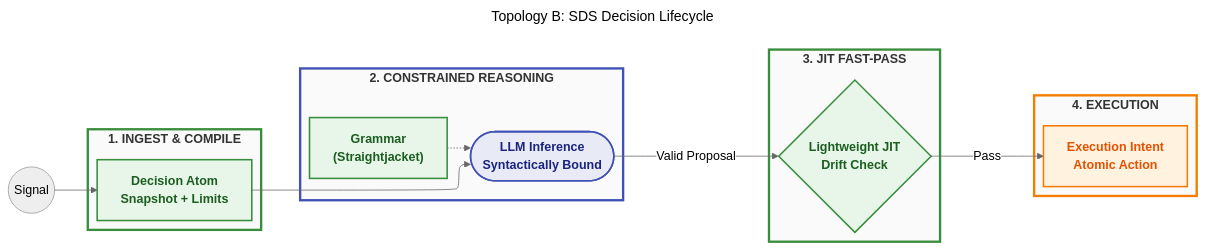
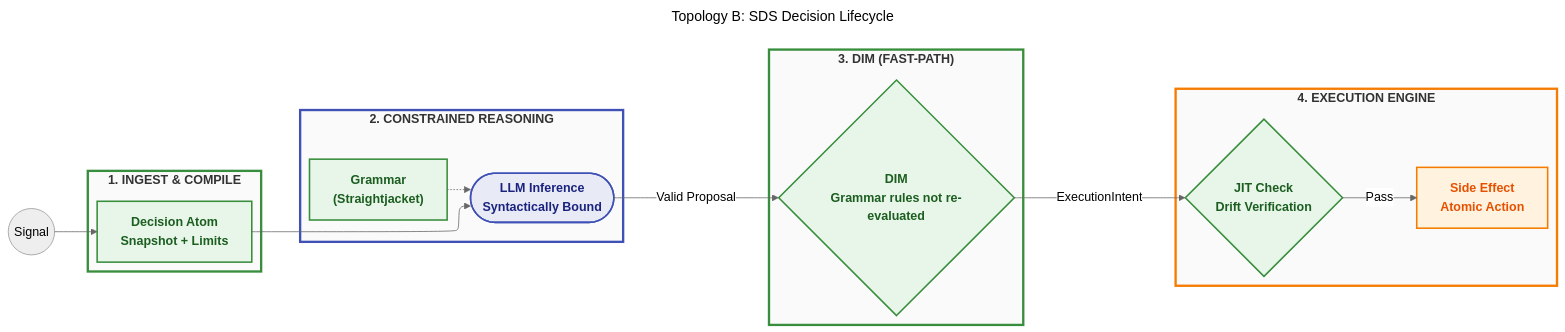
One commit to huka81/decision-intelligence-runtime changed the fourth of 9 diagrams in docs/03-topologies/DIR_Topologies.md. Above: the diagram before and after it, drawn with Mermaid. The commit also changed other lines of this file and 4 other files, not shown here.

````diff
--- a/docs/03-topologies/DIR_Topologies.md
+++ b/docs/03-topologies/DIR_Topologies.md
@@ -333,43 +338,45 @@
 ```mermaid
 ---
 title: "Topology B: SDS Decision Lifecycle"
 config:
   layout: elk
   theme: neutral
   look: classic
 ---
 flowchart LR
     classDef userSpace fill:#E8EAF6,stroke:#3F51B5,stroke-width:2px,color:#1A237E,font-weight:bold;
     classDef kernelSpace fill:#E8F5E9,stroke:#388E3C,stroke-width:2px,color:#1B5E20,font-weight:bold;
     classDef infraSpace fill:#FFF3E0,stroke:#F57C00,stroke-width:2px,color:#E65100,font-weight:bold;
 
     Trigger((Signal)) --> Atom
     
     subgraph Compile ["`**1. INGEST & COMPILE**`"]
         Atom["`**Decision Atom**<br/>Snapshot + Limits`"]:::kernelSpace
     end
 
     subgraph Constrained_Loop ["`**2. CONSTRAINED REASONING**`"]
         Grammar["`**Grammar**<br/>(Straightjacket)`"]:::kernelSpace
         Inference(["`**LLM Inference**<br/>Syntactically Bound`"]):::userSpace
         
         Grammar -.-> Inference
         Atom --> Inference
     end
 
-    subgraph Fast_Pass ["`**3. JIT FAST-PASS**`"]
-        JIT{"`**Lightweight JIT**<br/>Drift Check`"}:::kernelSpace
+    subgraph Fast_Pass ["`**3. DIM (FAST-PATH)**`"]
+        DIM{"`**DIM**<br/>Grammar rules not re-evaluated`"}:::kernelSpace
     end
     
-    subgraph Exec_Layer ["`**4. EXECUTION**`"]
-        Intent["`**Execution Intent**<br/>Atomic Action`"]:::infraSpace
+    subgraph Exec_Layer ["`**4. EXECUTION ENGINE**`"]
+        JIT{"`**JIT Check**<br/>Drift Verification`"}:::kernelSpace
+        Intent["`**Side Effect**<br/>Atomic Action`"]:::infraSpace
     end
 
-    Inference -->|Valid Proposal| JIT
+    Inference -->|Valid Proposal| DIM
+    DIM -->|ExecutionIntent| JIT
     JIT -->|Pass| Intent
 
     style Compile fill:#FAFAFA,stroke:#388E3C,stroke-width:3px
     style Constrained_Loop fill:#FAFAFA,stroke:#3F51B5,stroke-width:3px
     style Fast_Pass fill:#FAFAFA,stroke:#388E3C,stroke-width:3px
     style Exec_Layer fill:#FAFAFA,stroke:#F57C00,stroke-width:3px
 ```
````
